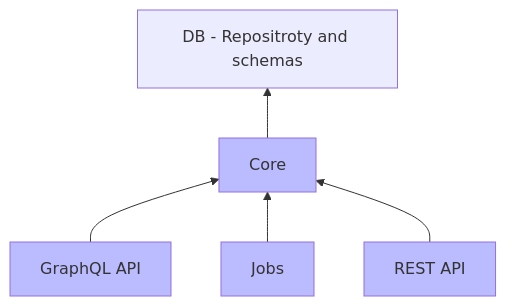
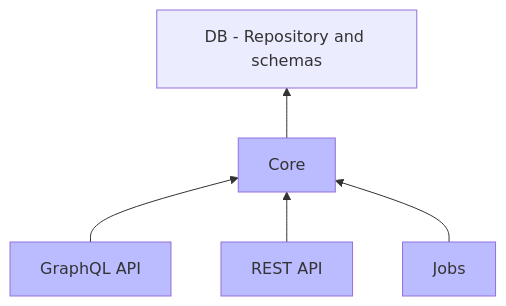
The second of 2 diagrams in README.md (CaptainFact/captain-fact-api), drawn with Mermaid before and after one commit. The commit also changed other lines of this file and 35 other files, not shown here.

````diff
--- a/README.md
+++ b/README.md
@@ -26,12 +37,12 @@
 ```mermaid
 graph BT;
-    Core --> DB[DB - Repositroty and schemas];
+    Core --> DB[DB - Repository and schemas];
     GraphQL[GraphQL API] --> Core;
+    REST_API[REST API] --> Core;
     Jobs --> Core;
-    REST_API[REST API] --> Core;
     
     style GraphQL fill:#BBF;
     style REST_API fill:#BBF;
     style Jobs fill:#BBF;
     style Core fill:#BBF;
 ```
````
